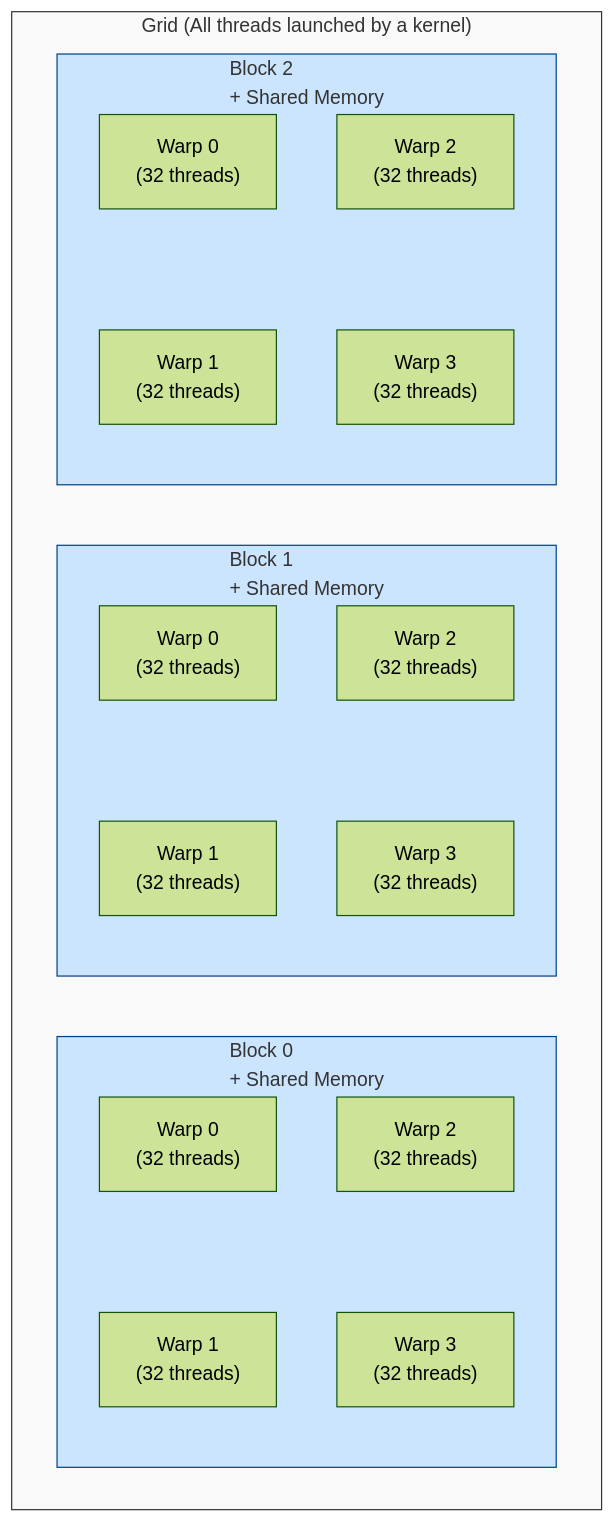
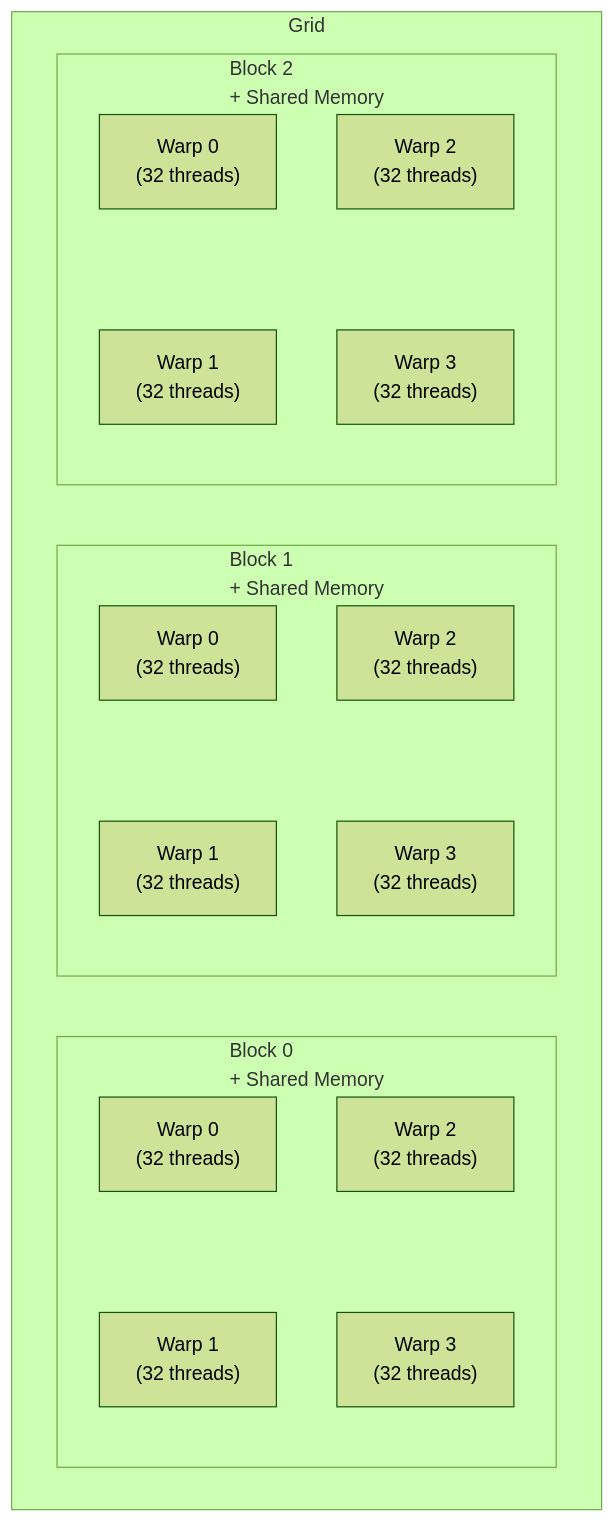
One commit to alirezaazadi/renoir changed the sixth of 45 diagrams in docs/GPU_MAP_OPERATOR.md. Above: the diagram before and after it, drawn with Mermaid (forest theme). The commit also changed other lines of this file, not shown here.

Commit message:
doc: fix the mermaid charts issues

````diff
--- a/docs/GPU_MAP_OPERATOR.md
+++ b/docs/GPU_MAP_OPERATOR.md
@@ -330,22 +308,17 @@
 ```mermaid
 flowchart TB
-    subgraph GRID["Grid (All threads launched by a kernel)"]
-        subgraph B0["Block 0\n+ Shared Memory"]
-            W0_0["Warp 0\n(32 threads)"] ~~~ W0_1["Warp 1\n(32 threads)"]
-            W0_2["Warp 2\n(32 threads)"] ~~~ W0_3["Warp 3\n(32 threads)"]
+    subgraph GRID["Grid"]
+        subgraph B0["Block 0<br/>+ Shared Memory"]
+            W0_0["Warp 0<br/>(32 threads)"] ~~~ W0_1["Warp 1<br/>(32 threads)"]
+            W0_2["Warp 2<br/>(32 threads)"] ~~~ W0_3["Warp 3<br/>(32 threads)"]
         end
-        subgraph B1["Block 1\n+ Shared Memory"]
-            W1_0["Warp 0\n(32 threads)"] ~~~ W1_1["Warp 1\n(32 threads)"]
-            W1_2["Warp 2\n(32 threads)"] ~~~ W1_3["Warp 3\n(32 threads)"]
+        subgraph B1["Block 1<br/>+ Shared Memory"]
+            W1_0["Warp 0<br/>(32 threads)"] ~~~ W1_1["Warp 1<br/>(32 threads)"]
+            W1_2["Warp 2<br/>(32 threads)"] ~~~ W1_3["Warp 3<br/>(32 threads)"]
         end
-        subgraph B2["Block 2\n+ Shared Memory"]
-            W2_0["Warp 0\n(32 threads)"] ~~~ W2_1["Warp 1\n(32 threads)"]
-            W2_2["Warp 2\n(32 threads)"] ~~~ W2_3["Warp 3\n(32 threads)"]
+        subgraph B2["Block 2<br/>+ Shared Memory"]
+            W2_0["Warp 0<br/>(32 threads)"] ~~~ W2_1["Warp 1<br/>(32 threads)"]
+            W2_2["Warp 2<br/>(32 threads)"] ~~~ W2_3["Warp 3<br/>(32 threads)"]
         end
     end
-
-    style GRID fill:#f9f9f9,stroke:#333
-    style B0 fill:#cce5ff,stroke:#004085
-    style B1 fill:#cce5ff,stroke:#004085
-    style B2 fill:#cce5ff,stroke:#004085
 ```
````
